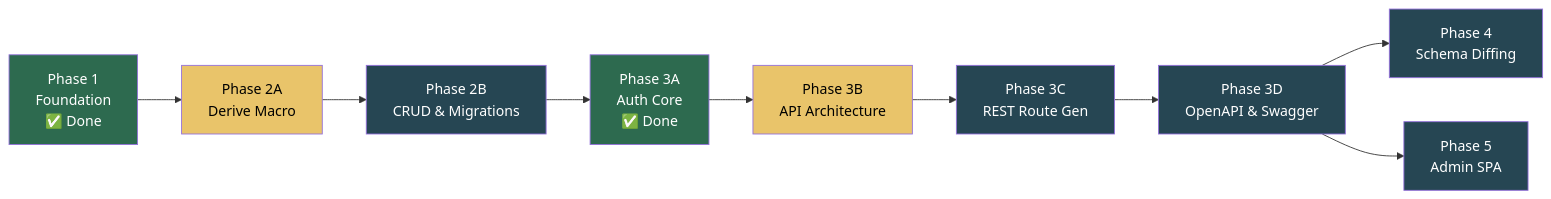
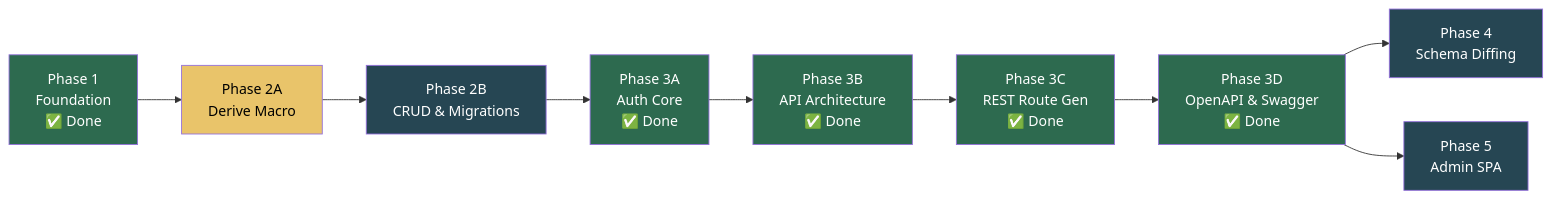
The second of 2 diagrams in roadmap.md (wends155/brom), drawn with Mermaid before and after one commit. The commit also changed other lines of this file and 15 other files, not shown here.

````diff
--- a/roadmap.md
+++ b/roadmap.md
@@ -76,31 +76,31 @@
 ```mermaid
 graph LR
     P1["Phase 1<br/>Foundation<br/>✅ Done"]
     P2A["Phase 2A<br/>Derive Macro"]
     P2B["Phase 2B<br/>CRUD & Migrations"]
     P3A["Phase 3A<br/>Auth Core<br/>✅ Done"]
-    P3B["Phase 3B<br/>API Architecture"]
-    P3C["Phase 3C<br/>REST Route Gen"]
-    P3D["Phase 3D<br/>OpenAPI & Swagger"]
+    P3B["Phase 3B<br/>API Architecture<br/>✅ Done"]
+    P3C["Phase 3C<br/>REST Route Gen<br/>✅ Done"]
+    P3D["Phase 3D<br/>OpenAPI & Swagger<br/>✅ Done"]
     P4["Phase 4<br/>Schema Diffing"]
     P5["Phase 5<br/>Admin SPA"]
 
     P1 --> P2A
     P2A --> P2B
     P2B --> P3A
     P3A --> P3B
     P3B --> P3C
     P3C --> P3D
     P3D --> P4
     P3D --> P5
 
     style P1 fill:#2d6a4f,color:#fff
     style P2A fill:#e9c46a,color:#000
     style P2B fill:#264653,color:#fff
     style P3A fill:#2d6a4f,color:#fff
-    style P3B fill:#e9c46a,color:#000
-    style P3C fill:#264653,color:#fff
-    style P3D fill:#264653,color:#fff
+    style P3B fill:#2d6a4f,color:#fff
+    style P3C fill:#2d6a4f,color:#fff
+    style P3D fill:#2d6a4f,color:#fff
     style P4 fill:#264653,color:#fff
     style P5 fill:#264653,color:#fff
 ```
````
